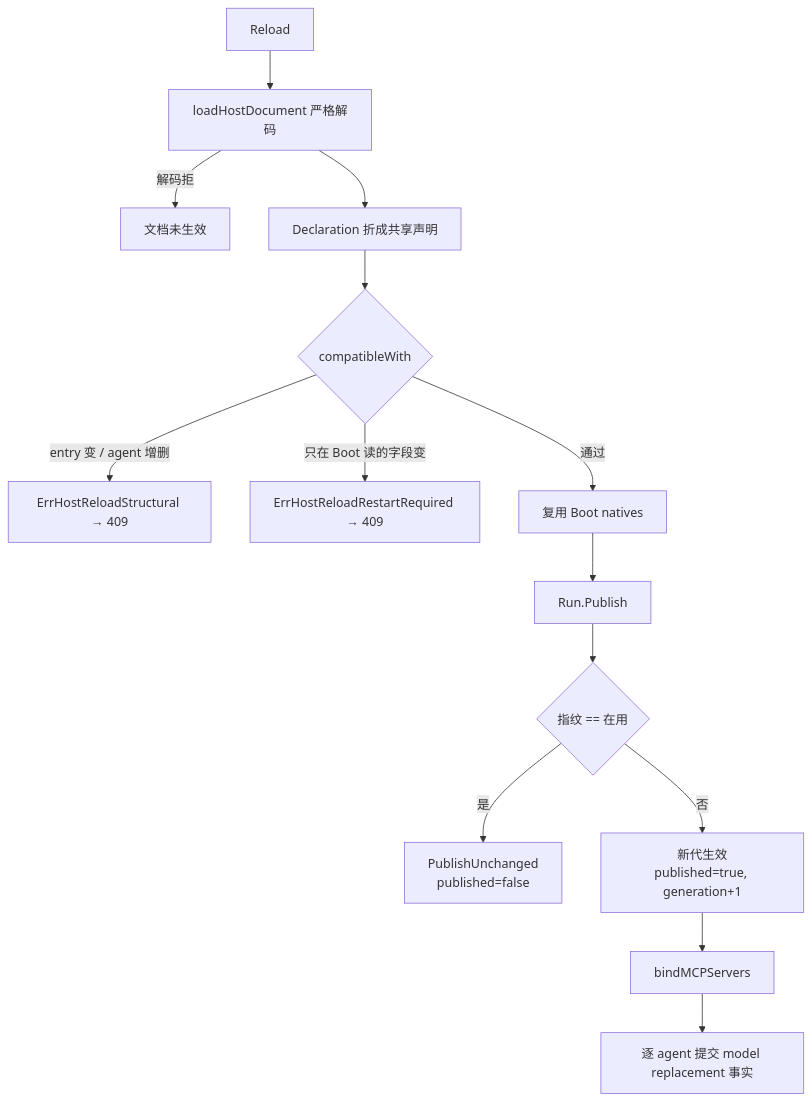
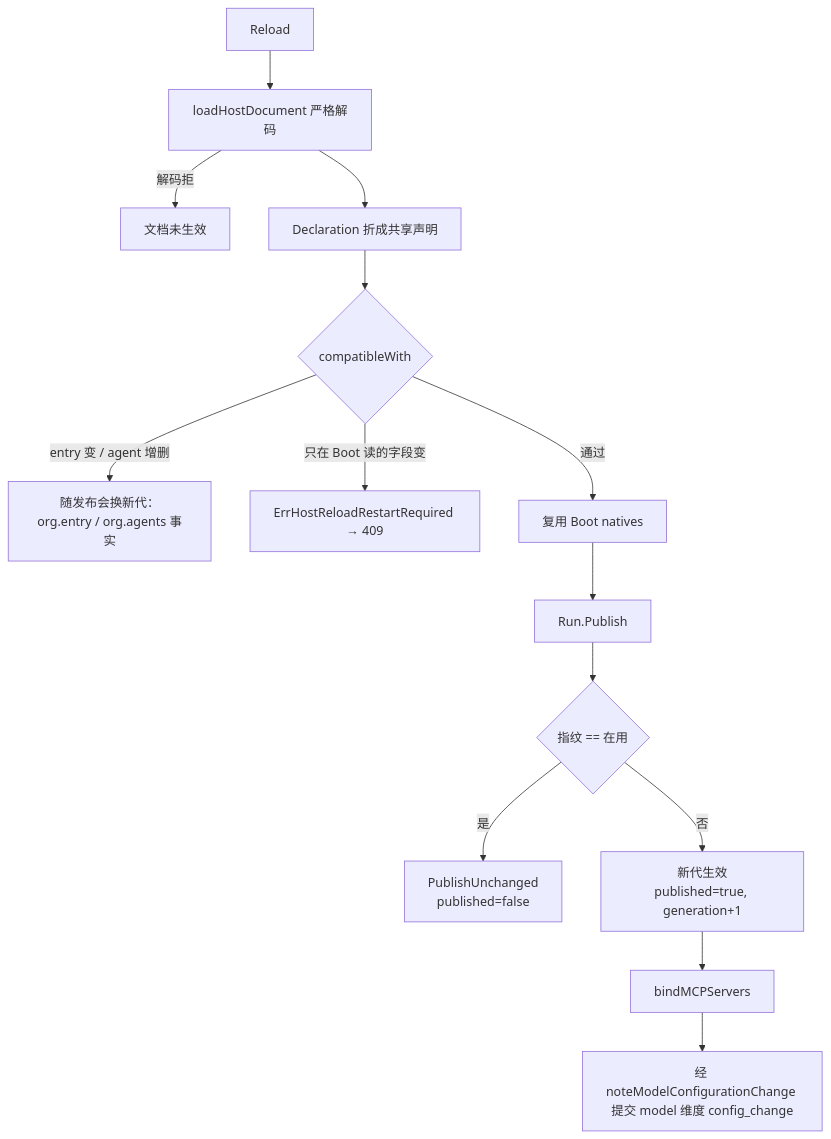
The diagram in docs/wiki/platform/org-hot-reload.md (SpellingDragon/tagent), drawn with Mermaid before and after one commit. The commit also changed other lines of this file and 75 other files, not shown here.

````diff
--- a/docs/wiki/platform/org-hot-reload.md
+++ b/docs/wiki/platform/org-hot-reload.md
@@ -10,16 +10,16 @@
 ```mermaid
 flowchart TD
   A[Reload] --> B[loadHostDocument 严格解码]
   B -->|解码拒| X[文档未生效]
   B --> C[Declaration 折成共享声明]
   C --> D{compatibleWith}
-  D -->|entry 变 / agent 增删| E[ErrHostReloadStructural → 409]
+  D -->|entry 变 / agent 增删| E[随发布会换新代：org.entry / org.agents 事实]
   D -->|只在 Boot 读的字段变| F[ErrHostReloadRestartRequired → 409]
   D -->|通过| G[复用 Boot natives]
   G --> H[Run.Publish]
   H --> I{指纹 == 在用}
   I -->|是| J[PublishUnchanged<br/>published=false]
   I -->|否| K[新代生效<br/>published=true, generation+1]
   K --> L[bindMCPServers]
-  L --> M[逐 agent 提交 model replacement 事实]
+  L --> M[经 noteModelConfigurationChange 提交 model 维度 config_change]
 ```
````
